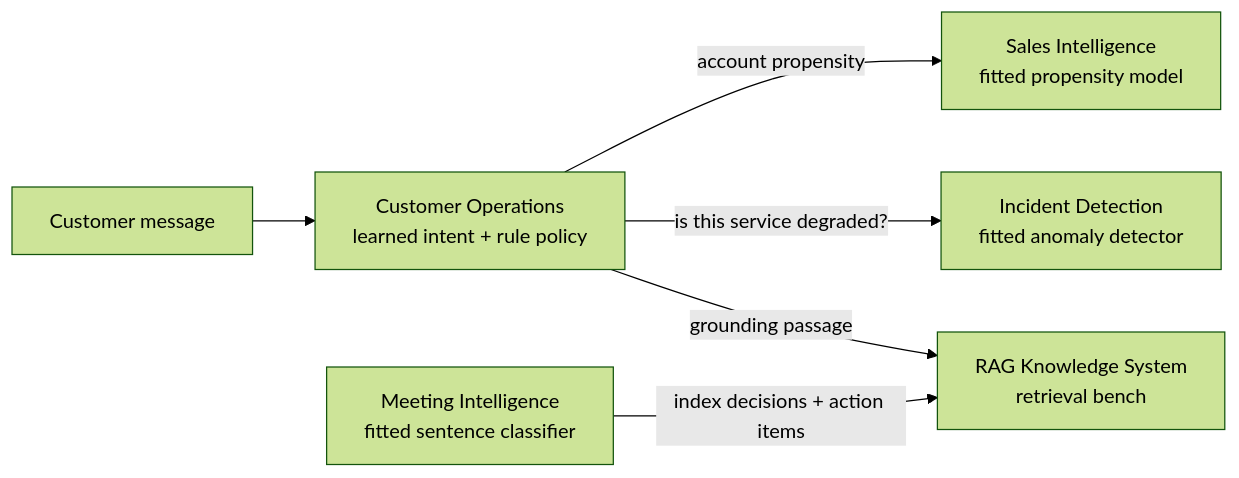
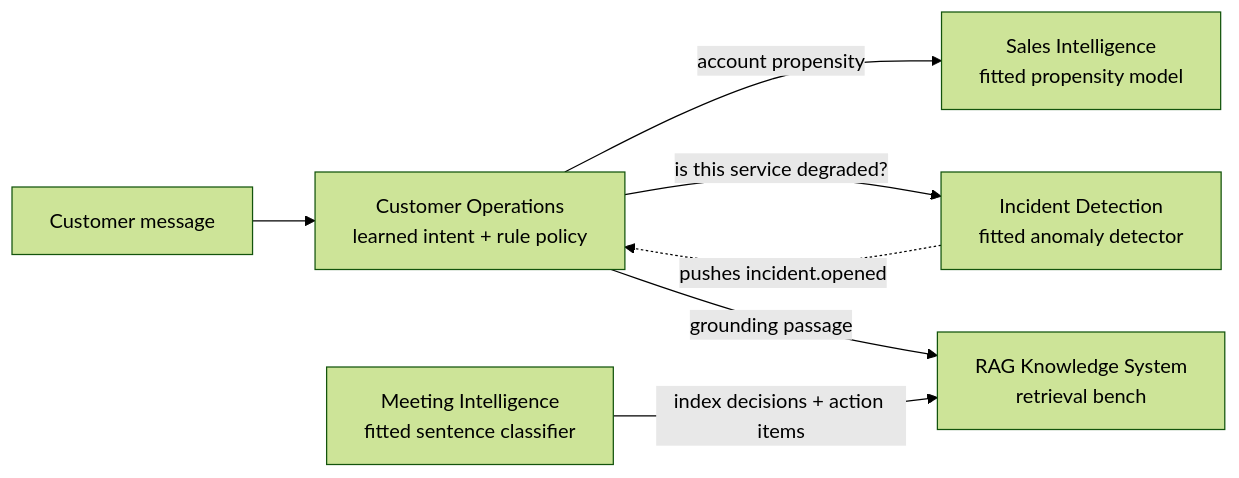
Before and after one commit to Adityansh-Chand/ai-engineering-portfolio: the diagram in README.md, drawn with Mermaid (forest theme). The commit also changed other lines of this file and 15 other files, not shown here.

````diff
--- a/README.md
+++ b/README.md
@@ -37,15 +37,16 @@
 ```mermaid
 flowchart LR
   User[Customer message]
   Meeting[Meeting Intelligence<br/>fitted sentence classifier]
   Ops[Customer Operations<br/>learned intent + rule policy]
   Sales[Sales Intelligence<br/>fitted propensity model]
   Incident[Incident Detection<br/>fitted anomaly detector]
   RAG[RAG Knowledge System<br/>retrieval bench]
 
   User --> Ops
   Ops -->|account propensity| Sales
   Ops -->|is this service degraded?| Incident
   Ops -->|grounding passage| RAG
   Meeting -->|index decisions + action items| RAG
+  Incident -.->|pushes incident.opened| Ops
 ```
````
